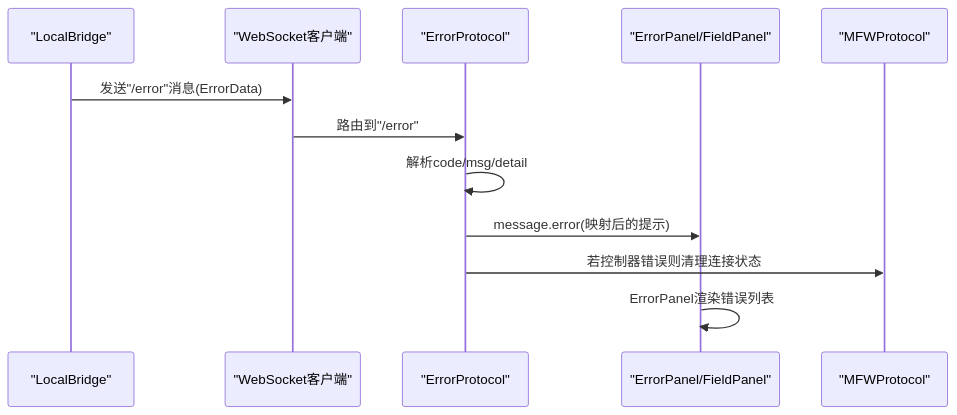
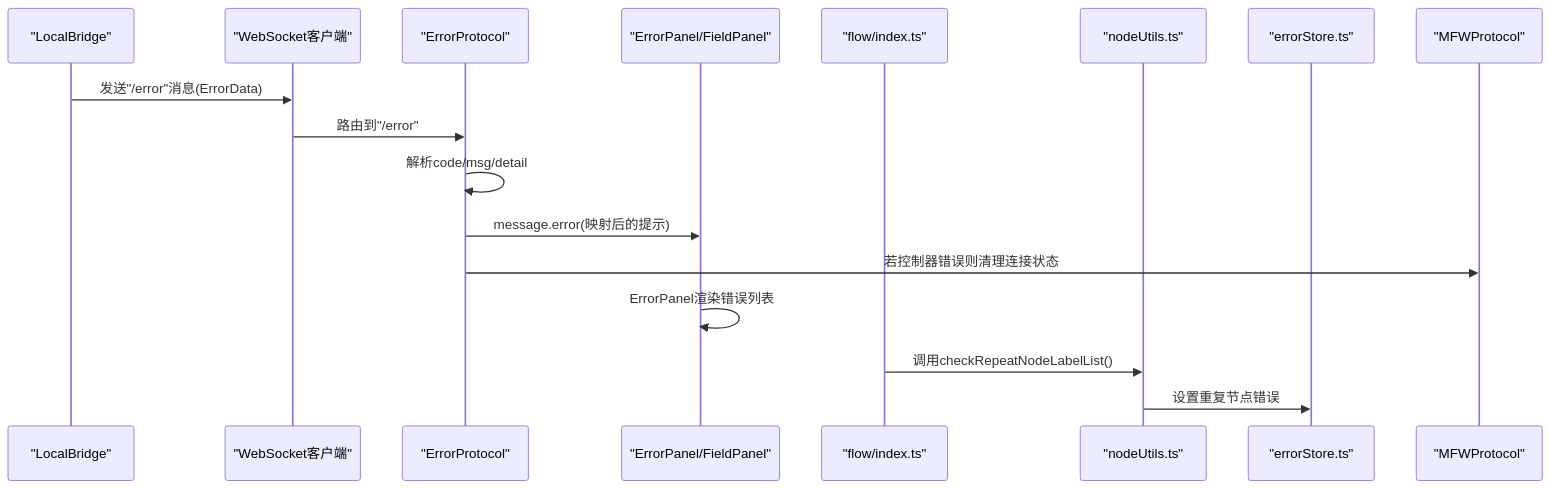
One commit to kqcoxn/MaaPipelineEditor changed the second of 6 diagrams in .qoder/repowiki/zh/content/调试与诊断/错误诊断.md. Above: the diagram before and after it, drawn with Mermaid. The commit also changed other lines of this file and 16 other files, not shown here.

````diff
--- a/.qoder/repowiki/zh/content/调试与诊断/错误诊断.md
+++ b/.qoder/repowiki/zh/content/调试与诊断/错误诊断.md
@@ -140,14 +166,19 @@
 ```mermaid
 sequenceDiagram
 participant LB as "LocalBridge"
 participant WS as "WebSocket客户端"
 participant EP as "ErrorProtocol"
 participant UI as "ErrorPanel/FieldPanel"
+participant FS as "flow/index.ts"
+participant NU as "nodeUtils.ts"
+participant ES as "errorStore.ts"
 participant MFW as "MFWProtocol"
 LB->>WS : 发送"/error"消息(ErrorData)
 WS->>EP : 路由到"/error"
 EP->>EP : 解析code/msg/detail
 EP->>UI : message.error(映射后的提示)
 EP->>MFW : 若控制器错误则清理连接状态
 UI->>UI : ErrorPanel渲染错误列表
+FS->>NU : 调用checkRepeatNodeLabelList()
+NU->>ES : 设置重复节点错误
 ```
````
